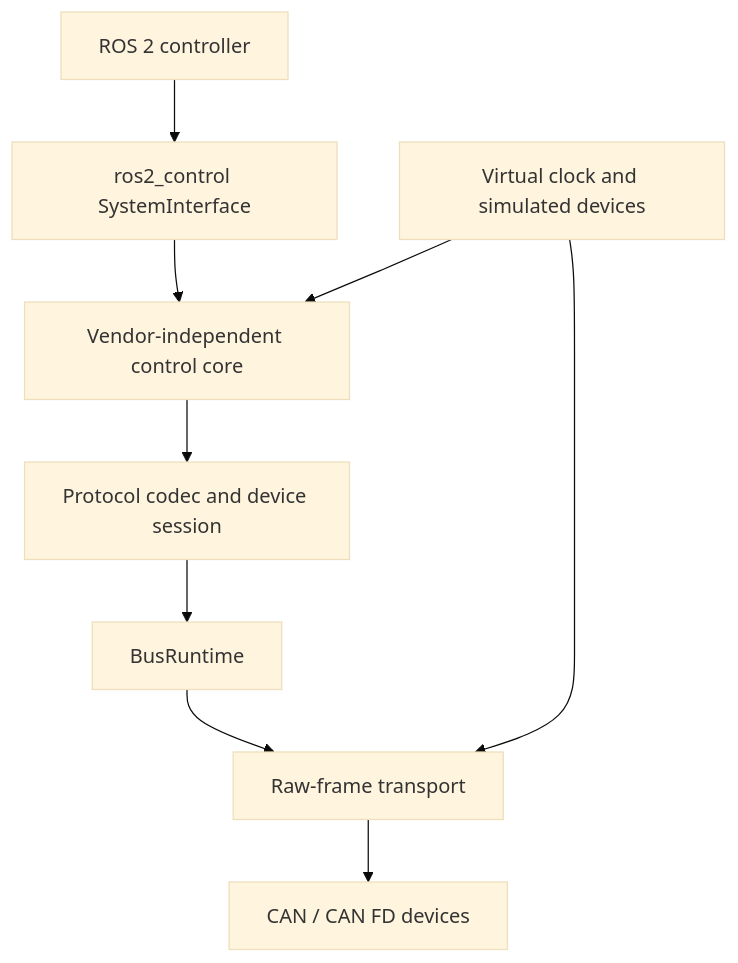
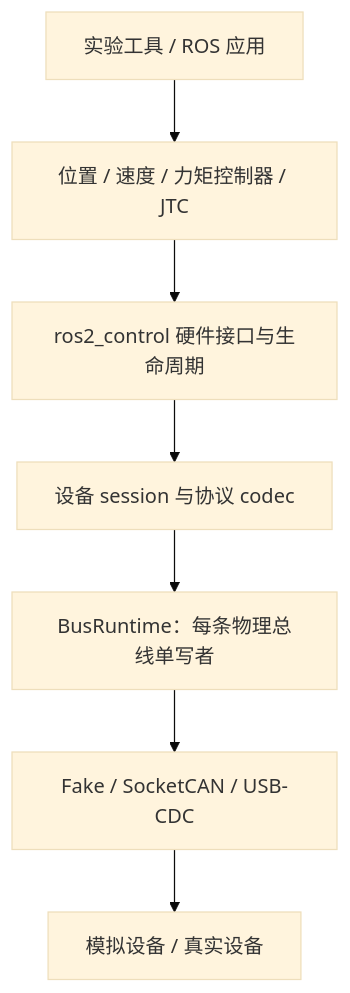
The diagram in README.md (Makoto20S/jetson_mech_control), drawn with Mermaid (base theme) before and after one commit. The commit also changed other lines of this file, not shown here.

Commit message:
docs: rewrite README with control capabilities tuning and verified CAN mapping

````diff
--- a/README.md
+++ b/README.md
@@ -19,12 +255,9 @@
 ```mermaid
-flowchart TB
-    Controller[ROS 2 controller] --> Hardware[ros2_control SystemInterface]
-    Hardware --> Core[Vendor-independent control core]
-    Core --> Session[Protocol codec and device session]
-    Session --> Runtime[BusRuntime]
-    Runtime --> Transport[Raw-frame transport]
-    Transport --> Device[CAN / CAN FD devices]
-
-    Simulation[Virtual clock and simulated devices] --> Core
-    Simulation --> Transport
+flowchart TD
+    App[实验工具 / ROS 应用] --> Controller[位置 / 速度 / 力矩控制器 / JTC]
+    Controller --> Hardware[ros2_control 硬件接口与生命周期]
+    Hardware --> Session[设备 session 与协议 codec]
+    Session --> Runtime[BusRuntime：每条物理总线单写者]
+    Runtime --> Transport[Fake / SocketCAN / USB-CDC]
+    Transport --> Device[模拟设备 / 真实设备]
 ```
````
